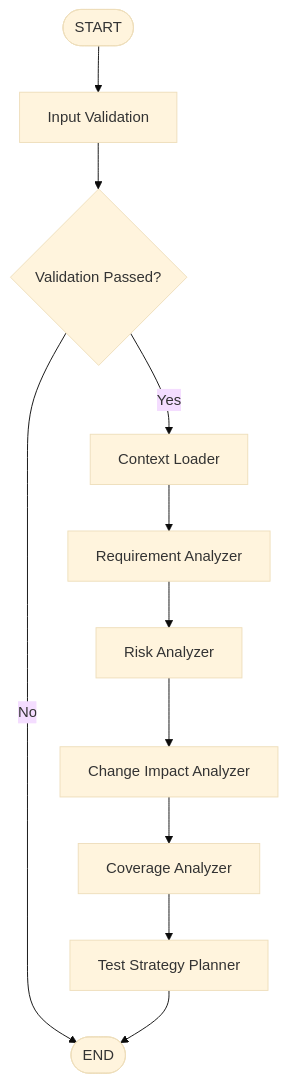
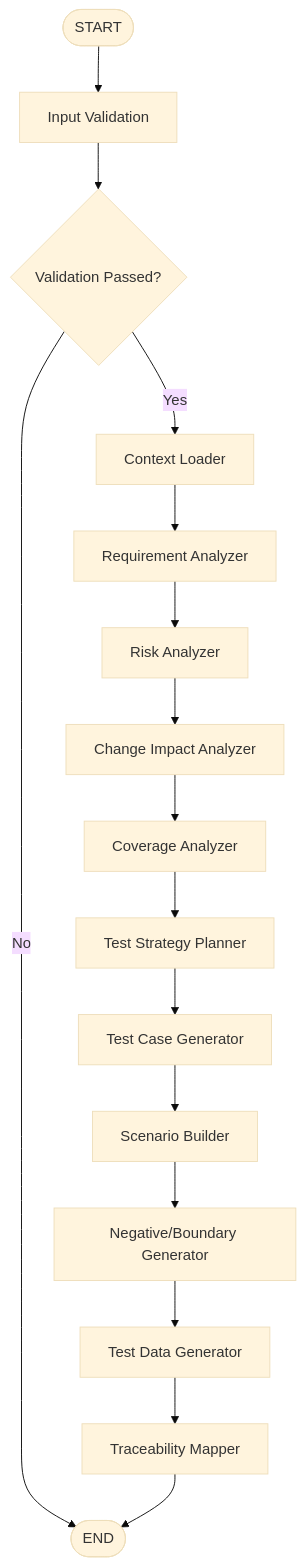
The diagram in README.md (Atharva783cr7/ai-sdlc-testing-agent), drawn with Mermaid (base theme) before and after one commit. The commit also changed other lines of this file and 15 other files, not shown here.

````diff
--- a/README.md
+++ b/README.md
@@ -27,14 +27,19 @@
 ```mermaid
 graph TD
     START([START]) --> Validator[Input Validation]
     Validator --> Cond{Validation Passed?}
     Cond -- No --> END([END])
     
     Cond -- Yes --> Loader[Context Loader]
     Loader --> ReqAnalyzer[Requirement Analyzer]
     ReqAnalyzer --> RiskAnalyzer[Risk Analyzer]
     RiskAnalyzer --> ImpactAnalyzer[Change Impact Analyzer]
     ImpactAnalyzer --> CovAnalyzer[Coverage Analyzer]
     CovAnalyzer --> StrategyPlanner[Test Strategy Planner]
-    StrategyPlanner --> END
+    StrategyPlanner --> TCG[Test Case Generator]
+    TCG --> SCN[Scenario Builder]
+    SCN --> NBC[Negative/Boundary Generator]
+    NBC --> TDG[Test Data Generator]
+    TDG --> TRC[Traceability Mapper]
+    TRC --> END
 ```
````
